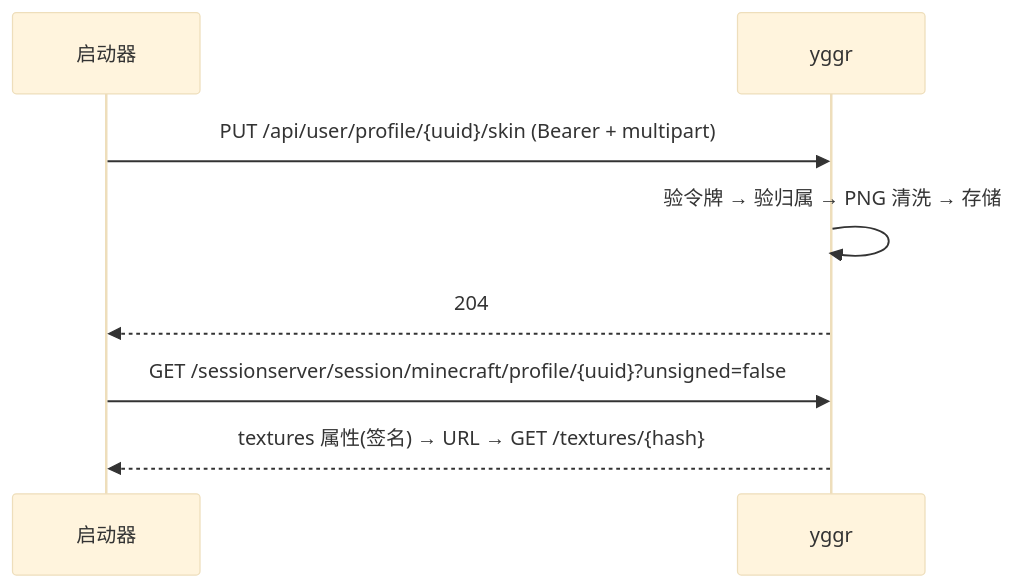
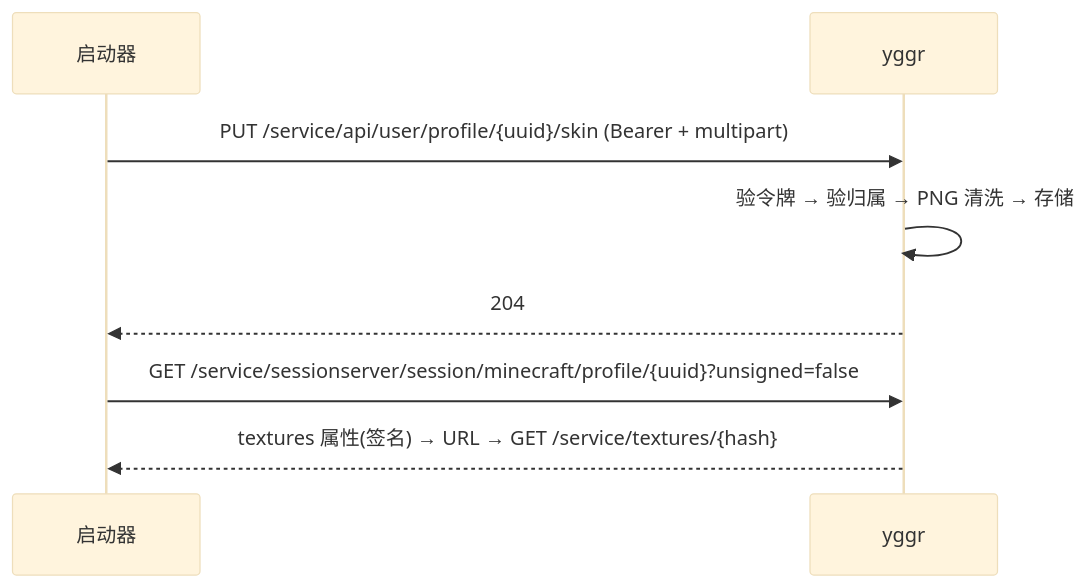
Before and after one commit to RhNu/yggr: the seventh of 7 diagrams in docs/architecture.md, drawn with Mermaid (base theme). The commit also changed other lines of this file and 16 other files, not shown here.

````diff
--- a/docs/architecture.md
+++ b/docs/architecture.md
@@ -540,10 +545,10 @@
 ```mermaid
 sequenceDiagram
     participant C as 启动器
     participant Y as yggr
-    C->>Y: PUT /api/user/profile/{uuid}/skin (Bearer + multipart)
+    C->>Y: PUT /service/api/user/profile/{uuid}/skin (Bearer + multipart)
     Y->>Y: 验令牌 → 验归属 → PNG 清洗 → 存储
     Y-->>C: 204
-    C->>Y: GET /sessionserver/session/minecraft/profile/{uuid}?unsigned=false
-    Y-->>C: textures 属性(签名) → URL → GET /textures/{hash}
+    C->>Y: GET /service/sessionserver/session/minecraft/profile/{uuid}?unsigned=false
+    Y-->>C: textures 属性(签名) → URL → GET /service/textures/{hash}
 ```
````
